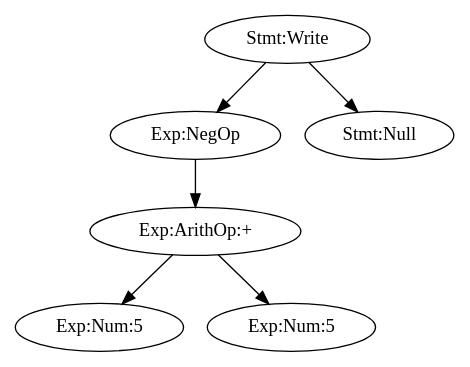
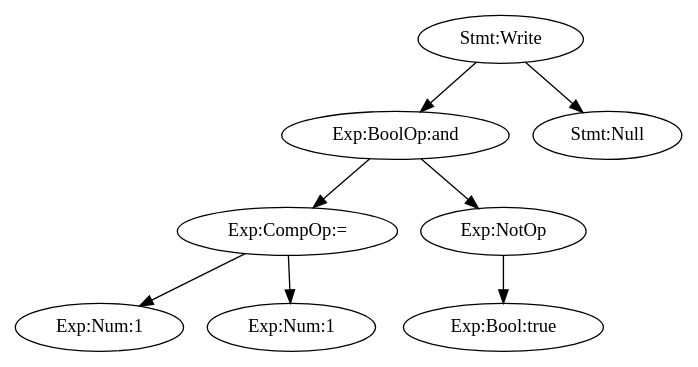
One commit to bpull/fall16 changed the diagram in proglang/labs/07/spl.dot. Above: the diagram before and after it, drawn with Graphviz. The commit also changed 9 other files, not shown here.

```diff
--- a/proglang/labs/07/spl.dot
+++ b/proglang/labs/07/spl.dot
@@ -1,13 +1,17 @@
 digraph AST {
 	n1 [label="Stmt:Write"];
-	n2 [label="Exp:NegOp"];
-	n3 [label="Exp:ArithOp:+"];
-	n4 [label="Exp:Num:5"];
+	n2 [label="Exp:BoolOp:and"];
+	n3 [label="Exp:CompOp:="];
+	n4 [label="Exp:Num:1"];
 	n3 -> n4;
-	n5 [label="Exp:Num:5"];
+	n5 [label="Exp:Num:1"];
 	n3 -> n5;
 	n2 -> n3;
+	n6 [label="Exp:NotOp"];
+	n7 [label="Exp:Bool:true"];
+	n6 -> n7;
+	n2 -> n6;
 	n1 -> n2;
-	n6 [label="Stmt:Null"];
-	n1 -> n6;
+	n8 [label="Stmt:Null"];
+	n1 -> n8;
 }
```
